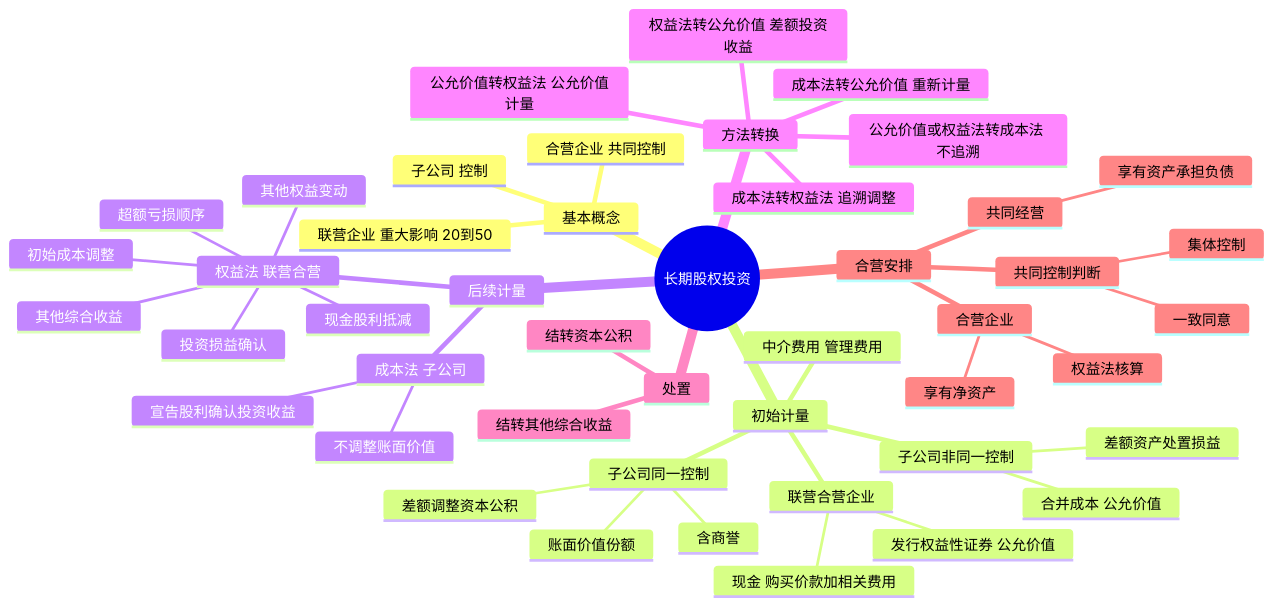
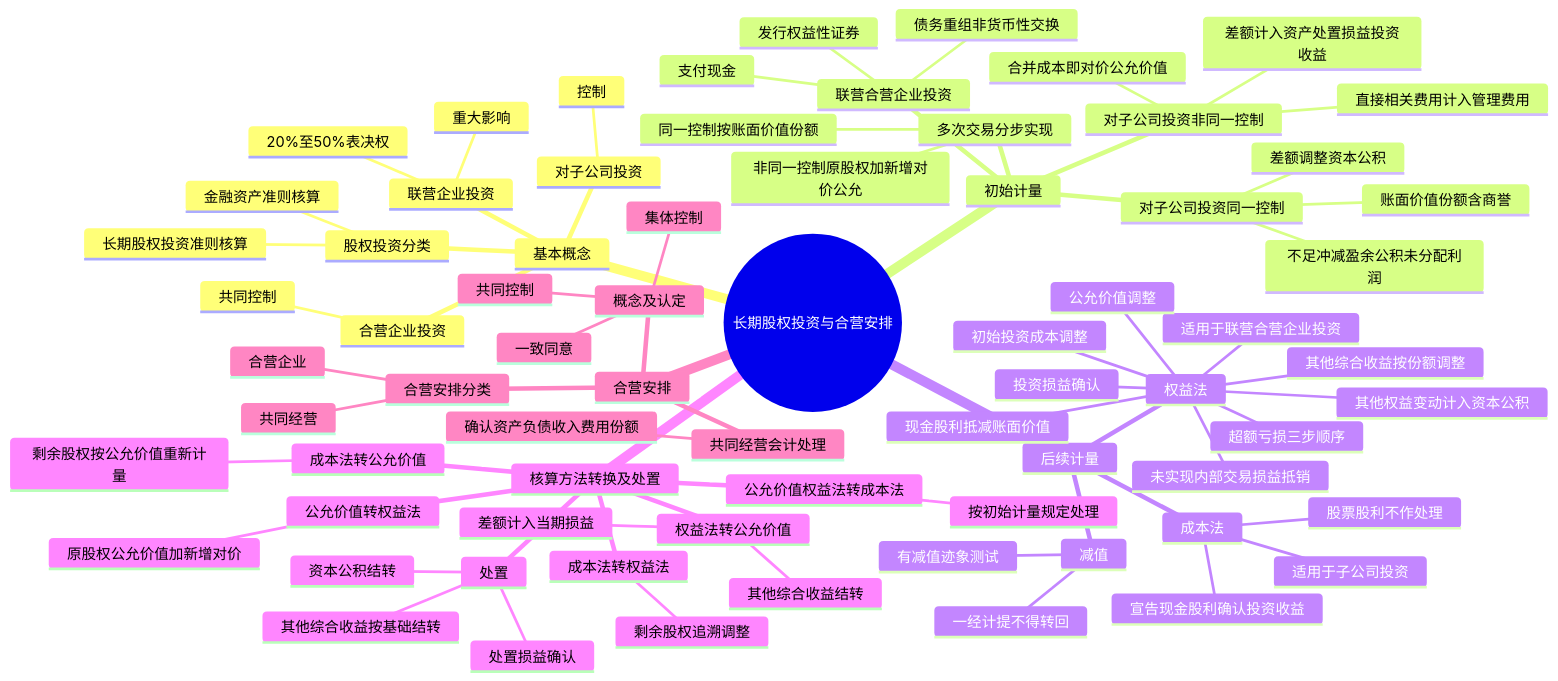
One commit to 106-official/deepsleep-blog changed the diagram in content/learn/cpa/02-accounting/06-long-term-equity.md. Above: the diagram before and after it, drawn with Mermaid. The commit also changed other lines of this file and 149 other files, not shown here.

````diff
--- a/content/learn/cpa/02-accounting/06-long-term-equity.md
+++ b/content/learn/cpa/02-accounting/06-long-term-equity.md
@@ -33,49 +57,75 @@
 ```mermaid
 mindmap
-  root((长期股权投资))
+  root((长期股权投资与合营安排))
     基本概念
-      联营企业 重大影响 20到50
-      合营企业 共同控制
-      子公司 控制
+      股权投资分类
+        金融资产准则核算
+        长期股权投资准则核算
+      联营企业投资
+        重大影响
+        20%至50%表决权
+      合营企业投资
+        共同控制
+      对子公司投资
+        控制
     初始计量
-      联营合营企业
-        现金 购买价款加相关费用
-        发行权益性证券 公允价值
-      子公司同一控制
-        账面价值份额
+      联营合营企业投资
+        支付现金
+        发行权益性证券
+        债务重组非货币性交换
+      对子公司投资同一控制
+        账面价值份额含商誉
         差额调整资本公积
-        含商誉
-      子公司非同一控制
-        合并成本 公允价值
-        差额资产处置损益
-      中介费用 管理费用
+        不足冲减盈余公积未分配利润
+      对子公司投资非同一控制
+        合并成本即对价公允价值
+        差额计入资产处置损益投资收益
+        直接相关费用计入管理费用
+      多次交易分步实现
+        同一控制按账面价值份额
+        非同一控制原股权加新增对价公允
     后续计量
-      成本法 子公司
-        不调整账面价值
-        宣告股利确认投资收益
-      权益法 联营合营
-        初始成本调整
+      成本法
+        适用于子公司投资
+        宣告现金股利确认投资收益
+        股票股利不作处理
+      权益法
+        适用于联营合营企业投资
+        初始投资成本调整
         投资损益确认
-        现金股利抵减
-        其他综合收益
-        其他权益变动
-        超额亏损顺序
-    方法转换
-      成本法转权益法 追溯调整
-      公允价值或权益法转成本法 不追溯
-      公允价值转权益法 公允价值计量
-      权益法转公允价值 差额投资收益
-      成本法转公允价值 重新计量
-    处置
-      结转其他综合收益
-      结转资本公积
+        公允价值调整
+        未实现内部交易损益抵销
+        现金股利抵减账面价值
+        其他综合收益按份额调整
+        其他权益变动计入资本公积
+        超额亏损三步顺序
+      减值
+        有减值迹象测试
+        一经计提不得转回
+    核算方法转换及处置
+      成本法转权益法
+        剩余股权追溯调整
+      公允价值权益法转成本法
+        按初始计量规定处理
+      公允价值转权益法
+        原股权公允价值加新增对价
+      权益法转公允价值
+        差额计入当期损益
+        其他综合收益结转
+      成本法转公允价值
+        剩余股权按公允价值重新计量
+      处置
+        处置损益确认
+        其他综合收益按基础结转
+        资本公积结转
     合营安排
-      共同控制判断
+      概念及认定
+        共同控制
+        一致同意
         集体控制
-        一致同意
-      共同经营
-        享有资产承担负债
-      合营企业
-        享有净资产
-        权益法核算
+      合营安排分类
+        共同经营
+        合营企业
+      共同经营会计处理
+        确认资产负债收入费用份额
 ```
````
